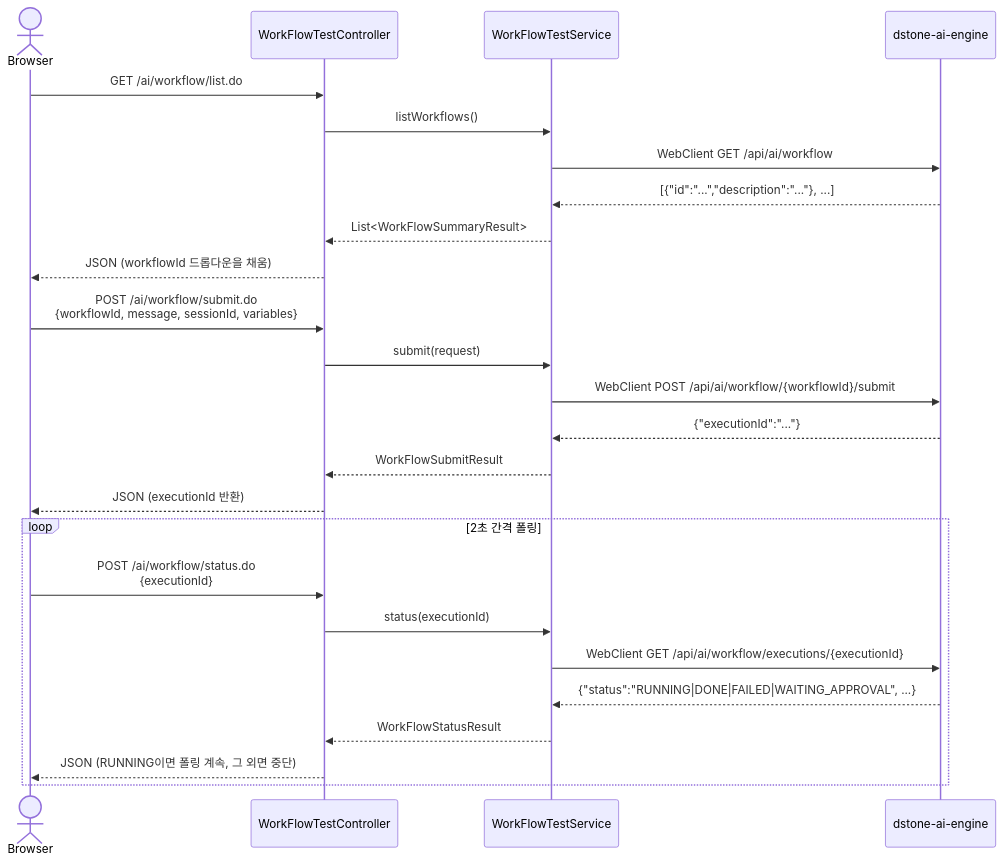
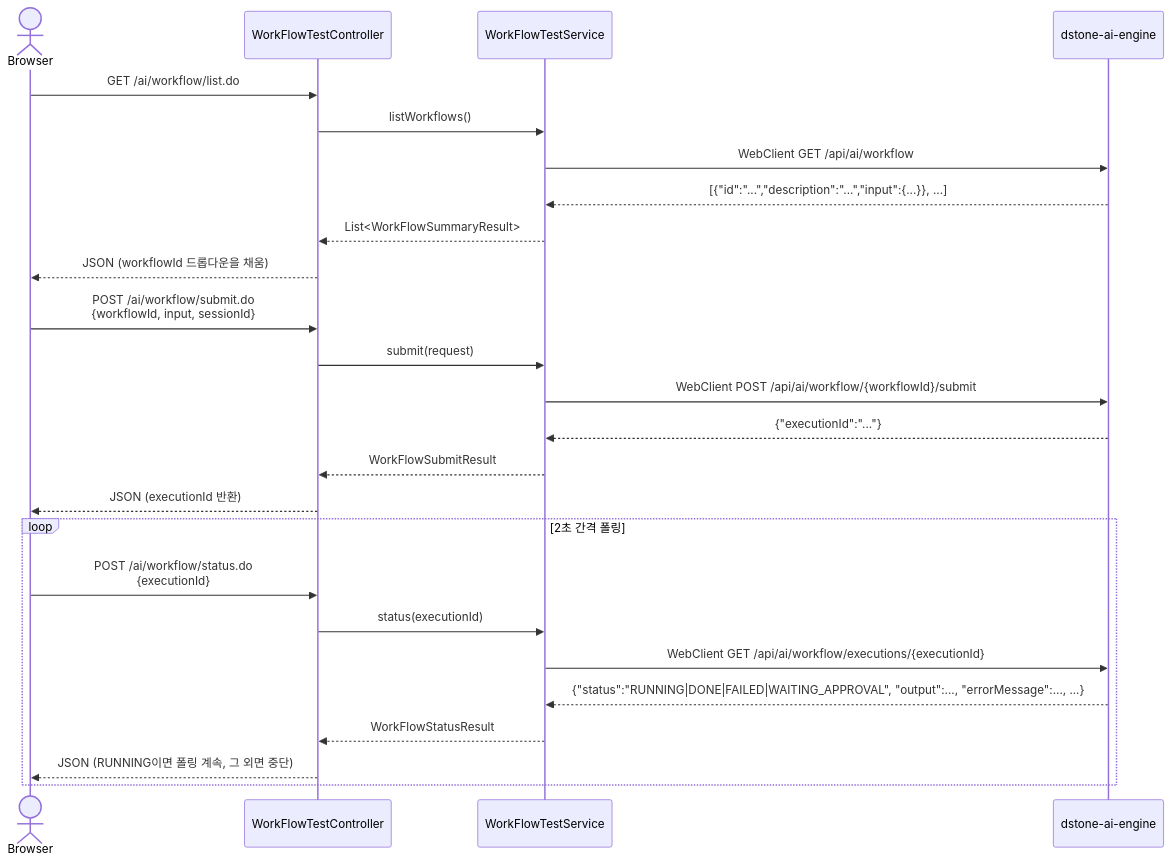
The third of 5 diagrams in docs/06.dstone-boot.md (YongSoekChoeng/dstone), drawn with Mermaid before and after one commit. The commit also changed other lines of this file and 97 other files, not shown here.

````diff
--- a/docs/06.dstone-boot.md
+++ b/docs/06.dstone-boot.md
@@ -392,30 +395,30 @@
 ```mermaid
 sequenceDiagram
     actor Browser
     participant Ctrl as WorkFlowTestController
     participant Svc as WorkFlowTestService
     participant Engine as dstone-ai-engine
 
     Browser->>Ctrl: GET /ai/workflow/list.do
     Ctrl->>Svc: listWorkflows()
     Svc->>Engine: WebClient GET /api/ai/workflow
-    Engine-->>Svc: [{"id":"...","description":"..."}, ...]
+    Engine-->>Svc: [{"id":"...","description":"...","input":{...}}, ...]
     Svc-->>Ctrl: List<WorkFlowSummaryResult>
     Ctrl-->>Browser: JSON (workflowId 드롭다운을 채움)
 
-    Browser->>Ctrl: POST /ai/workflow/submit.do<br/>{workflowId, message, sessionId, variables}
+    Browser->>Ctrl: POST /ai/workflow/submit.do<br/>{workflowId, input, sessionId}
     Ctrl->>Svc: submit(request)
     Svc->>Engine: WebClient POST /api/ai/workflow/{workflowId}/submit
     Engine-->>Svc: {"executionId":"..."}
     Svc-->>Ctrl: WorkFlowSubmitResult
     Ctrl-->>Browser: JSON (executionId 반환)
 
     loop 2초 간격 폴링
         Browser->>Ctrl: POST /ai/workflow/status.do<br/>{executionId}
         Ctrl->>Svc: status(executionId)
         Svc->>Engine: WebClient GET /api/ai/workflow/executions/{executionId}
-        Engine-->>Svc: {"status":"RUNNING|DONE|FAILED|WAITING_APPROVAL", ...}
+        Engine-->>Svc: {"status":"RUNNING|DONE|FAILED|WAITING_APPROVAL", "output":..., "errorMessage":..., ...}
         Svc-->>Ctrl: WorkFlowStatusResult
         Ctrl-->>Browser: JSON (RUNNING이면 폴링 계속, 그 외면 중단)
     end
 ```
````
